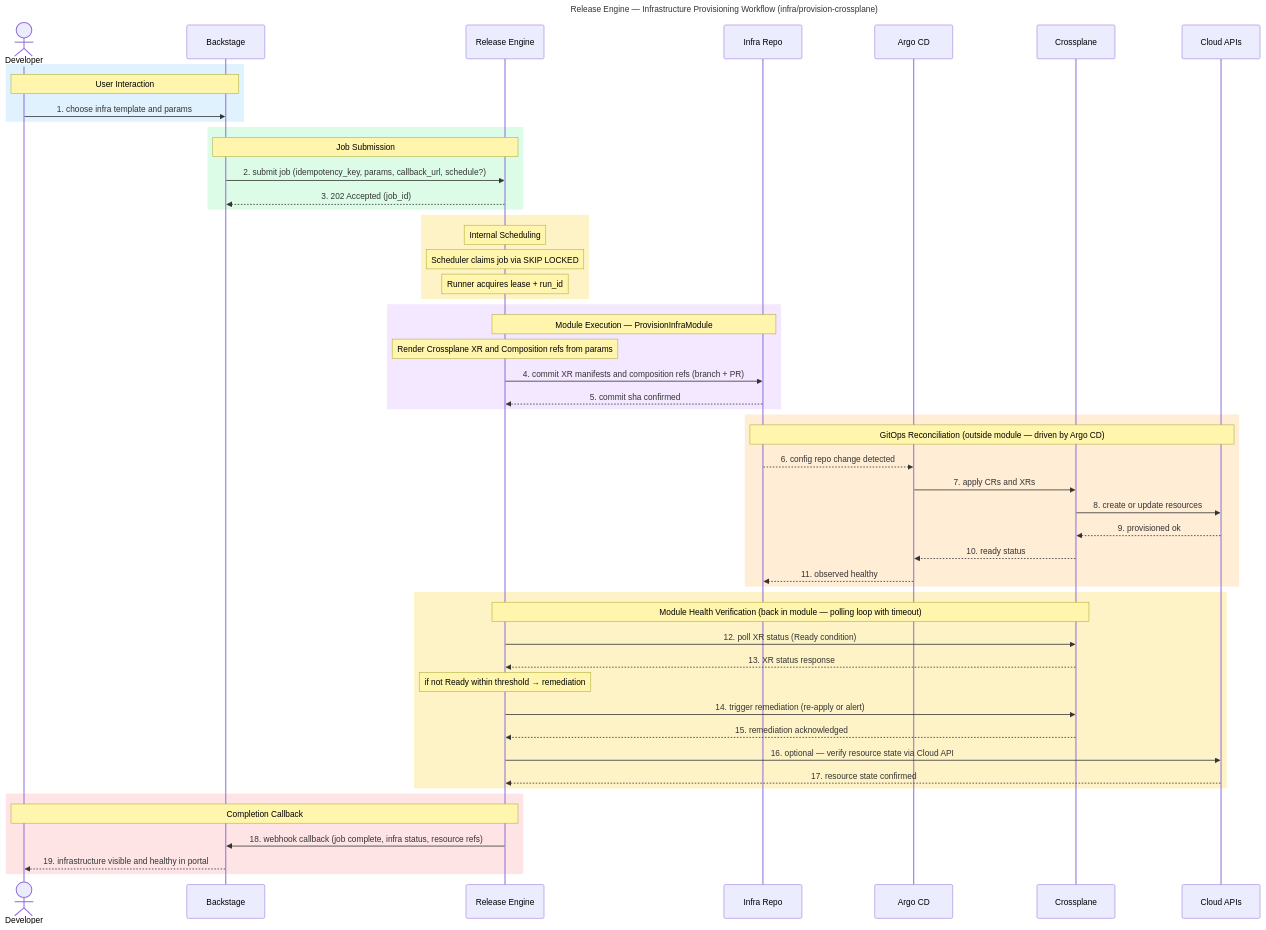
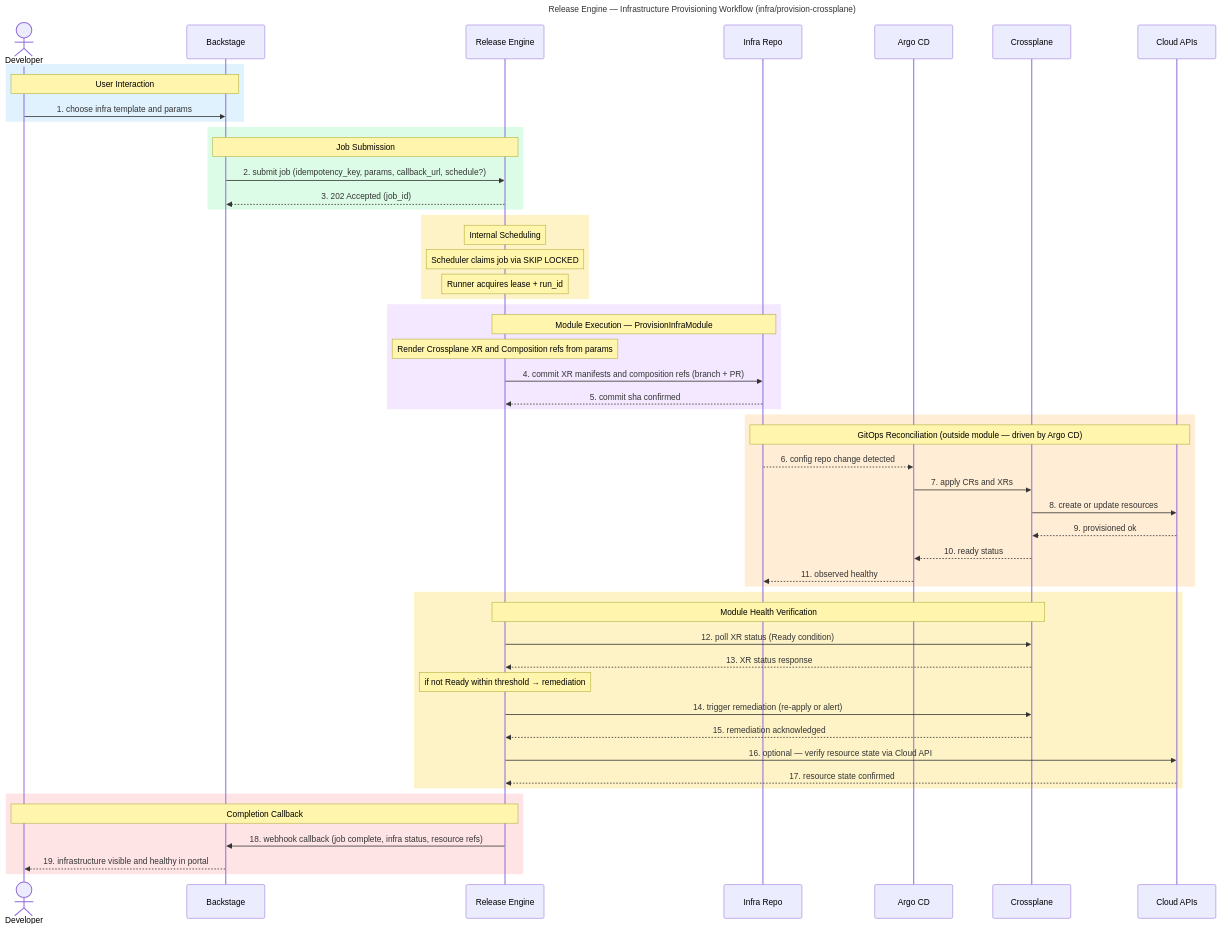
The diagram in docs/workflows/infra_provision.md (gatblau/release-engine), drawn with Mermaid before and after one commit. The commit also changed other lines of this file and 59 other files, not shown here.

````diff
--- a/docs/workflows/infra_provision.md
+++ b/docs/workflows/infra_provision.md
@@ -45,64 +52,64 @@
 ```mermaid
 ---
 title: "Release Engine — Infrastructure Provisioning Workflow (infra/provision-crossplane)"
 ---
 sequenceDiagram
     actor Developer
     participant Backstage
     participant ReleaseEngine as Release Engine
     participant InfraRepo as Infra Repo
     participant ArgoCD as Argo CD
     participant Crossplane
     participant CloudAPIs as Cloud APIs
 
     rect rgb(224, 242, 254)
         Note over Developer,Backstage: User Interaction
         Developer->>Backstage: 1. choose infra template and params
     end
 
     rect rgb(220, 252, 231)
         Note over Backstage,ReleaseEngine: Job Submission
         Backstage->>ReleaseEngine: 2. submit job (idempotency_key, params, callback_url, schedule?)
         ReleaseEngine-->>Backstage: 3. 202 Accepted (job_id)
     end
 
     rect rgb(254, 243, 199)
         Note over ReleaseEngine: Internal Scheduling
         Note over ReleaseEngine: Scheduler claims job via SKIP LOCKED
         Note over ReleaseEngine: Runner acquires lease + run_id
     end
 
     rect rgb(243, 232, 255)
         Note over ReleaseEngine,InfraRepo: Module Execution — ProvisionInfraModule
         Note over ReleaseEngine: Render Crossplane XR and Composition refs from params
         ReleaseEngine->>InfraRepo: 4. commit XR manifests and composition refs (branch + PR)
         InfraRepo-->>ReleaseEngine: 5. commit sha confirmed
     end
 
     rect rgb(255, 237, 213)
         Note over InfraRepo,CloudAPIs: GitOps Reconciliation (outside module — driven by Argo CD)
         InfraRepo-->>ArgoCD: 6. config repo change detected
         ArgoCD->>Crossplane: 7. apply CRs and XRs
         Crossplane->>CloudAPIs: 8. create or update resources
         CloudAPIs-->>Crossplane: 9. provisioned ok
         Crossplane-->>ArgoCD: 10. ready status
         ArgoCD-->>InfraRepo: 11. observed healthy
     end
 
     rect rgb(254, 243, 199)
-        Note over ReleaseEngine,Crossplane: Module Health Verification (back in module — polling loop with timeout)
+        Note over ReleaseEngine,Crossplane: Module Health Verification
         ReleaseEngine->>Crossplane: 12. poll XR status (Ready condition)
         Crossplane-->>ReleaseEngine: 13. XR status response
         Note over ReleaseEngine: if not Ready within threshold → remediation
         ReleaseEngine->>Crossplane: 14. trigger remediation (re-apply or alert)
         Crossplane-->>ReleaseEngine: 15. remediation acknowledged
         ReleaseEngine->>CloudAPIs: 16. optional — verify resource state via Cloud API
         CloudAPIs-->>ReleaseEngine: 17. resource state confirmed
     end
 
     rect rgb(255, 228, 230)
         Note over ReleaseEngine,Developer: Completion Callback
         ReleaseEngine->>Backstage: 18. webhook callback (job complete, infra status, resource refs)
         Backstage-->>Developer: 19. infrastructure visible and healthy in portal
     end
 ```
````
